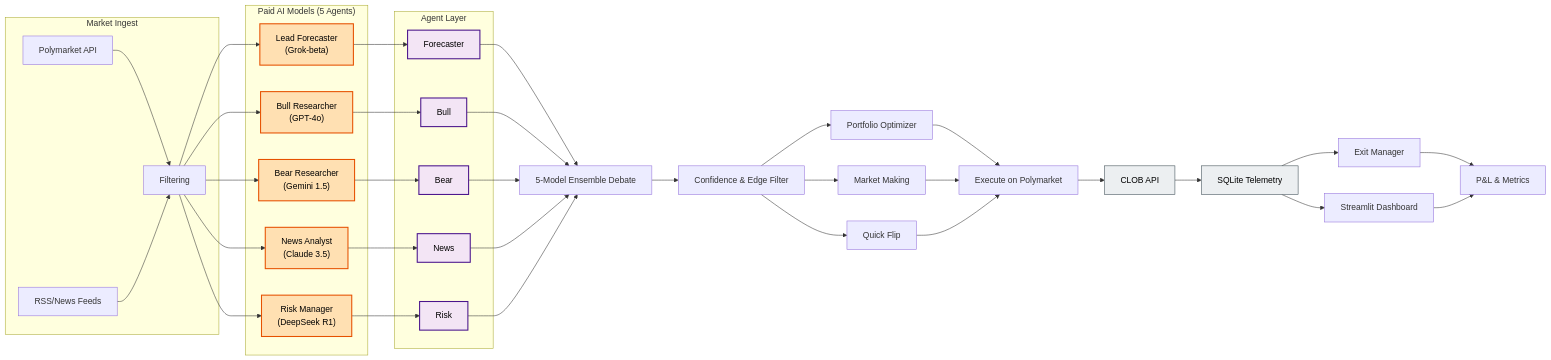
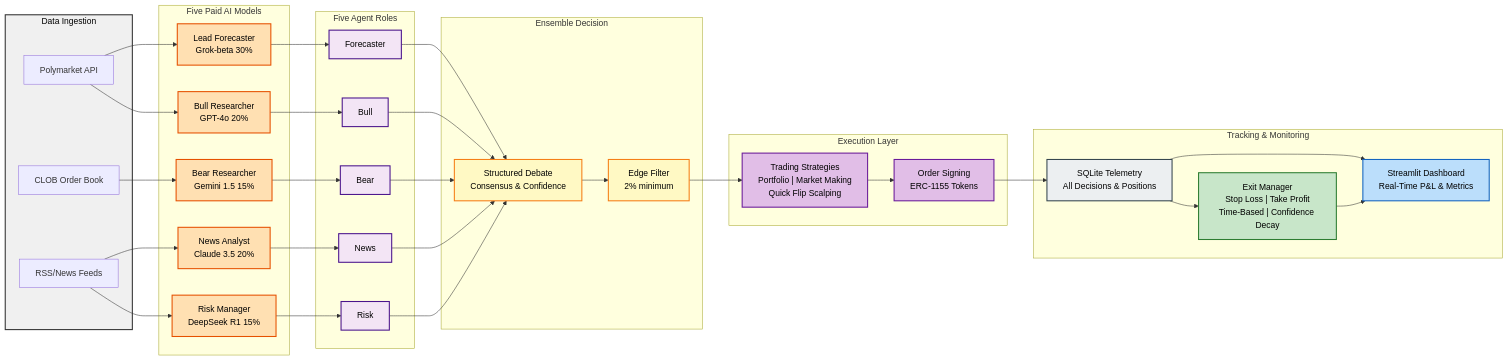
The second of 2 diagrams in README.md (SatwikGupta05/polymarket-bot), drawn with Mermaid before and after one commit. The commit also changed other lines of this file, not shown here.

````diff
--- a/README.md
+++ b/README.md
@@ -100,70 +82,86 @@
 ```mermaid
-flowchart LR
-  subgraph INGEST["Market Ingest"]
-    Polymarket["Polymarket API"]
-    News["RSS/News Feeds"]
-    Polymarket --> Ingest["Filtering"]
-    News --> Ingest
+graph LR
+  subgraph SOURCES["Data Ingestion"]
+    PM["Polymarket API"]
+    CLOB["CLOB Order Book"]
+    RSS["RSS/News Feeds"]
   end
 
-  subgraph MODELS["Paid AI Models (5 Agents)"]
-    Lead["Lead Forecaster<br/>(Grok-beta)"]
-    Bull["Bull Researcher<br/>(GPT-4o)"]
-    Bear["Bear Researcher<br/>(Gemini 1.5)"]
-    NewsA["News Analyst<br/>(Claude 3.5)"]
-    Risk["Risk Manager<br/>(DeepSeek R1)"]
+  subgraph MODELS["Five Paid AI Models"]
+    M1["Lead Forecaster<br/>Grok-beta 30%"]
+    M2["Bull Researcher<br/>GPT-4o 20%"]
+    M3["Bear Researcher<br/>Gemini 1.5 15%"]
+    M4["News Analyst<br/>Claude 3.5 20%"]
+    M5["Risk Manager<br/>DeepSeek R1 15%"]
   end
 
-  subgraph AGENTS["Agent Layer"]
-    FAg["Forecaster"]
-    BAg["Bull"]
-    BEAg["Bear"]
-    NAg["News"]
-    RAg["Risk"]
+  subgraph AGENTS["Five Agent Roles"]
+    A1["Forecaster"]
+    A2["Bull"]
+    A3["Bear"]
+    A4["News"]
+    A5["Risk"]
   end
 
-  Ingest --> Lead
-  Ingest --> Bull
-  Ingest --> Bear
-  Ingest --> NewsA
-  Ingest --> Risk
+  subgraph DECIDE["Ensemble Decision"]
+    ENS["Structured Debate<br/>Consensus & Confidence"]
+    EDGE["Edge Filter<br/>2% minimum"]
+  end
 
-  Lead --> FAg
-  Bull --> BAg
-  Bear --> BEAg
-  NewsA --> NAg
-  Risk --> RAg
+  subgraph EXECUTE["Execution Layer"]
+    STRAT["Trading Strategies<br/>Portfolio | Market Making<br/>Quick Flip Scalping"]
+    SIGN["Order Signing<br/>ERC-1155 Tokens"]
+  end
 
-  FAg --> Ensemble["5-Model Ensemble Debate"]
-  BAg --> Ensemble
-  BEAg --> Ensemble
-  NAg --> Ensemble
-  RAg --> Ensemble
+  subgraph TRACK["Tracking & Monitoring"]
+    DB["SQLite Telemetry<br/>All Decisions & Positions"]
+    EXIT["Exit Manager<br/>Stop Loss | Take Profit<br/>Time-Based | Confidence Decay"]
+    DASH["Streamlit Dashboard<br/>Real-Time P&L & Metrics"]
+  end
 
-  Ensemble --> Filter["Confidence & Edge Filter"]
+  PM --> M1
+  PM --> M2
+  CLOB --> M3
+  RSS --> M4
+  RSS --> M5
 
-  Filter --> Portfolio["Portfolio Optimizer"]
-  Filter --> MM["Market Making"]
-  Filter --> QF["Quick Flip"]
+  M1 --> A1
+  M2 --> A2
+  M3 --> A3
+  M4 --> A4
+  M5 --> A5
 
-  Portfolio --> Execute["Execute on Polymarket"]
-  MM --> Execute
-  QF --> Execute
+  A1 --> ENS
+  A2 --> ENS
+  A3 --> ENS
+  A4 --> ENS
+  A5 --> ENS
 
-  Execute --> CLOB["CLOB API"]
-  CLOB --> DB["SQLite Telemetry"]
+  ENS --> EDGE
+  EDGE --> STRAT
+  STRAT --> SIGN
+  SIGN --> DB
 
-  DB --> Exits["Exit Manager"]
-  DB --> Dashboard["Streamlit Dashboard"]
+  DB --> EXIT
+  DB --> DASH
+  EXIT --> DASH
 
-  Exits --> PnL["P&L & Metrics"]
-  Dashboard --> PnL
-
-  classDef paid fill:#ffe0b2,stroke:#e65100,stroke-width:2px,color:#000
-  classDef agent fill:#f3e5f5,stroke:#4a148c,stroke-width:2px,color:#000
-  classDef infra fill:#eceff1,stroke:#37474f,stroke-width:1px,color:#000
-
-  class Lead,Bull,Bear,NewsA,Risk paid
-  class FAg,BAg,BEAg,NAg,RAg agent
-  class CLOB,DB infra
+  style SOURCES fill:#f0f0f0,stroke:#333,stroke-width:2px,color:#000
+  style M1 fill:#ffe0b2,stroke:#e65100,stroke-width:2px,color:#000
+  style M2 fill:#ffe0b2,stroke:#e65100,stroke-width:2px,color:#000
+  style M3 fill:#ffe0b2,stroke:#e65100,stroke-width:2px,color:#000
+  style M4 fill:#ffe0b2,stroke:#e65100,stroke-width:2px,color:#000
+  style M5 fill:#ffe0b2,stroke:#e65100,stroke-width:2px,color:#000
+  style A1 fill:#f3e5f5,stroke:#4a148c,stroke-width:2px,color:#000
+  style A2 fill:#f3e5f5,stroke:#4a148c,stroke-width:2px,color:#000
+  style A3 fill:#f3e5f5,stroke:#4a148c,stroke-width:2px,color:#000
+  style A4 fill:#f3e5f5,stroke:#4a148c,stroke-width:2px,color:#000
+  style A5 fill:#f3e5f5,stroke:#4a148c,stroke-width:2px,color:#000
+  style ENS fill:#fff9c4,stroke:#f57f17,stroke-width:2px,color:#000
+  style EDGE fill:#fff9c4,stroke:#f57f17,stroke-width:2px,color:#000
+  style STRAT fill:#e1bee7,stroke:#6a1b9a,stroke-width:2px,color:#000
+  style SIGN fill:#e1bee7,stroke:#6a1b9a,stroke-width:2px,color:#000
+  style DB fill:#eceff1,stroke:#37474f,stroke-width:2px,color:#000
+  style EXIT fill:#c8e6c9,stroke:#2e7d32,stroke-width:2px,color:#000
+  style DASH fill:#bbdefb,stroke:#1565c0,stroke-width:2px,color:#000
 ```
````
